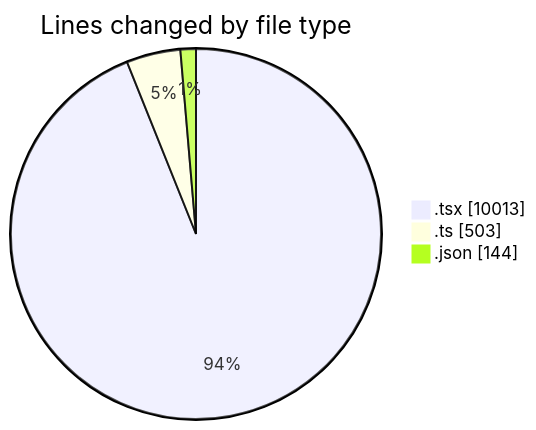
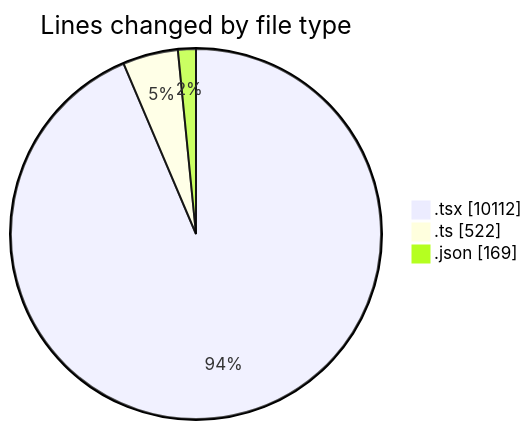
The first of 2 diagrams in 2025-02-18/mbc-web/README.md (robertbonfada/code-tracking), drawn with Mermaid before and after one commit. The commit also changed other lines of this file and 1 other file, not shown here.

````diff
--- a/2025-02-18/mbc-web/README.md
+++ b/2025-02-18/mbc-web/README.md
@@ -129,7 +133,7 @@
 ```mermaid
 pie showData
 title Lines changed by file type
-".tsx" : 10013
-".ts" : 503
-".json" : 144
+".tsx" : 10112
+".ts" : 522
+".json" : 169
 ```
````
